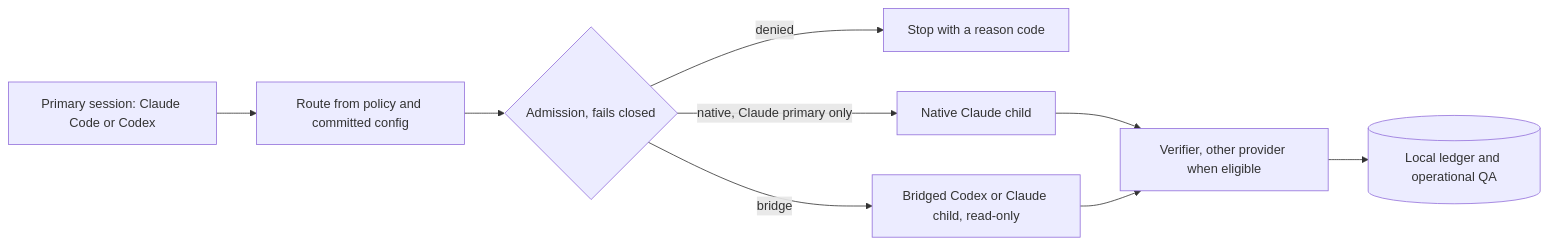
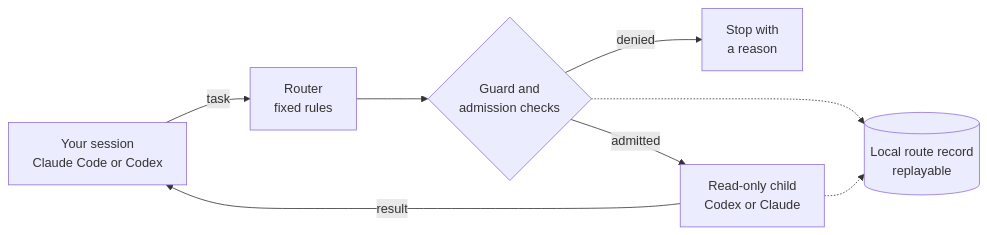
The diagram in README.md (Lyderies/codex-claude-agent-orchestration), drawn with Mermaid before and after one commit. The commit also changed other lines of this file and 18 other files, not shown here.

````diff
--- a/README.md
+++ b/README.md
@@ -10,11 +11,10 @@
 ```mermaid
 flowchart LR
-    P["Primary session: Claude Code or Codex"] --> R["Route from policy and committed config"]
-    R --> A{"Admission, fails closed"}
-    A -- "denied" --> X["Stop with a reason code"]
-    A -- "native, Claude primary only" --> N["Native Claude child"]
-    A -- "bridge" --> B["Bridged Codex or Claude child, read-only"]
-    N --> V["Verifier, other provider when eligible"]
-    B --> V
-    V --> L[("Local ledger and operational QA")]
+    P["Your session<br/>Claude Code or Codex"] -->|"task"| R["Router<br/>fixed rules"]
+    R --> G{"Guard and<br/>admission checks"}
+    G -->|"denied"| S["Stop with<br/>a reason"]
+    G -->|"admitted"| C["Read-only child<br/>Codex or Claude"]
+    C -->|"result"| P
+    G -.-> L[("Local route record<br/>replayable")]
+    C -.-> L
 ```
````
